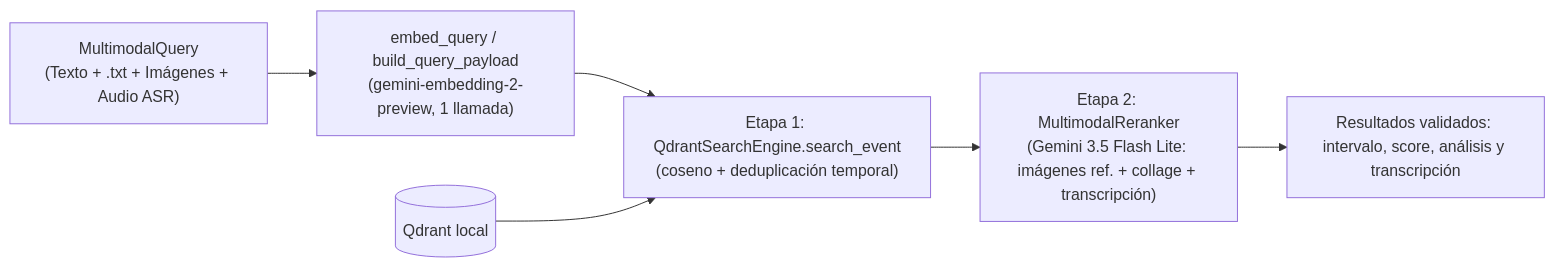
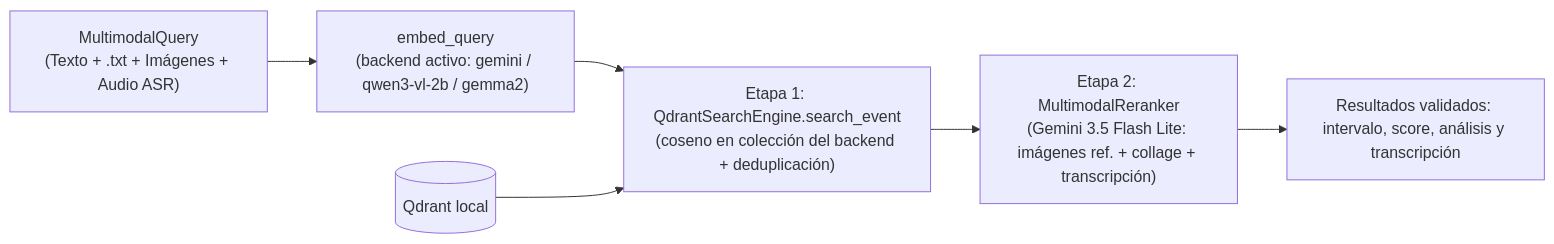
The second of 2 diagrams in README.md (Sergiobs26mt/TFM-VideoRAG-Multimodal), drawn with Mermaid before and after one commit. The commit also changed other lines of this file, not shown here.

````diff
--- a/README.md
+++ b/README.md
@@ -41,8 +41,8 @@
 ```mermaid
 flowchart LR
-    Q["MultimodalQuery<br/>(Texto + .txt + Imágenes + Audio ASR)"] --> V["embed_query / build_query_payload<br/>(gemini-embedding-2-preview, 1 llamada)"]
-    V --> S["Etapa 1: QdrantSearchEngine.search_event<br/>(coseno + deduplicación temporal)"]
+    Q["MultimodalQuery<br/>(Texto + .txt + Imágenes + Audio ASR)"] --> V["embed_query<br/>(backend activo: gemini / qwen3-vl-2b / gemma2)"]
+    V --> S["Etapa 1: QdrantSearchEngine.search_event<br/>(coseno en colección del backend + deduplicación)"]
     G[("Qdrant local")] --> S
     S --> M["Etapa 2: MultimodalReranker<br/>(Gemini 3.5 Flash Lite: imágenes ref. + collage + transcripción)"]
     M --> R["Resultados validados: intervalo, score, análisis y transcripción"]
 ```
````
